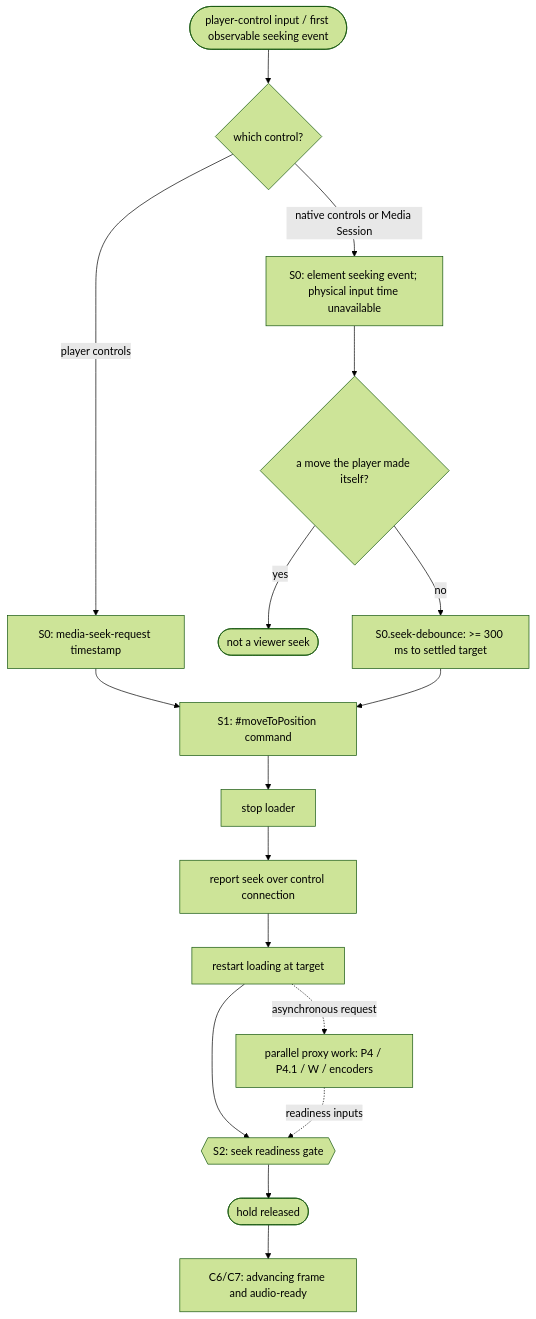
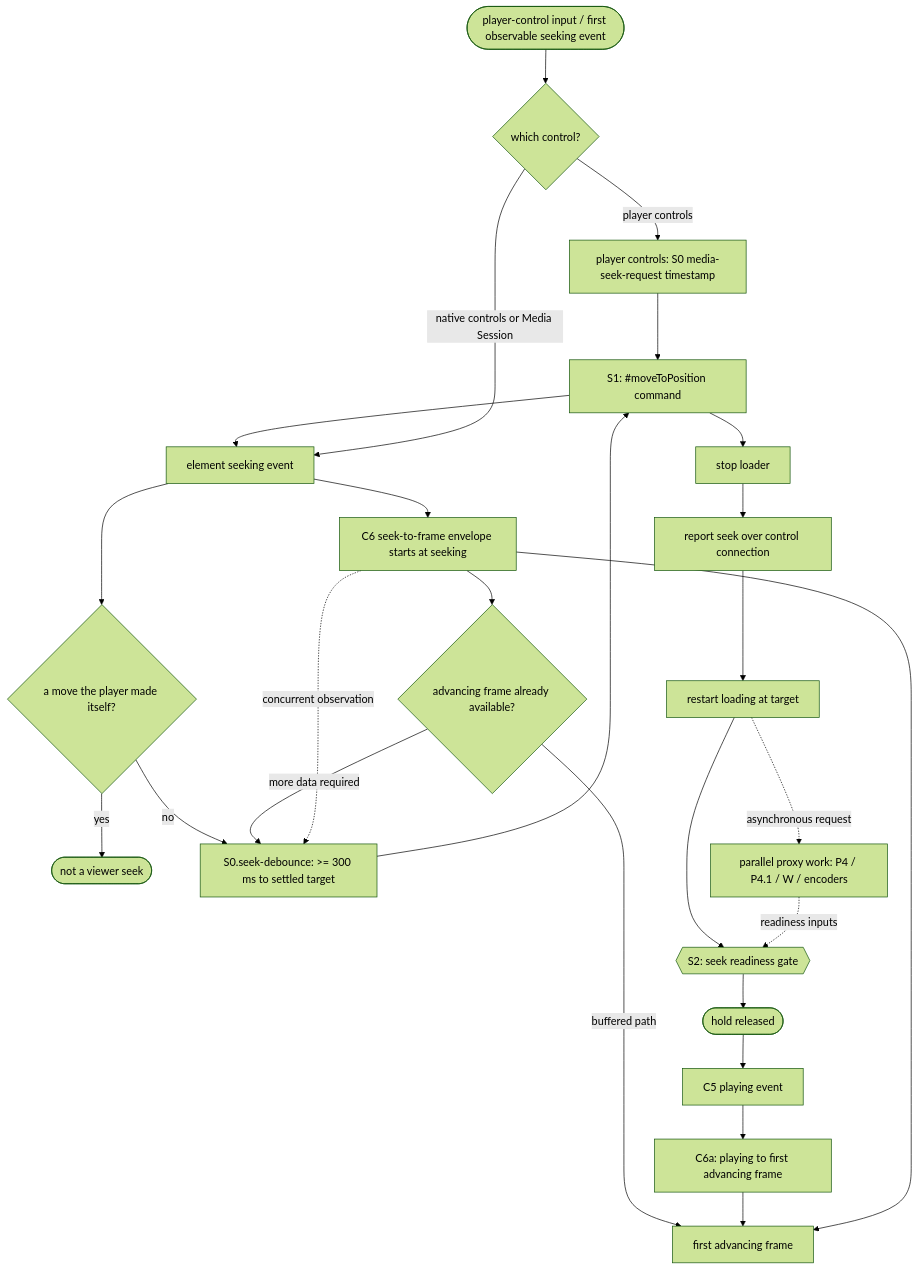
One commit to torrent-tv/proxy changed the fifth of 5 diagrams in docs/first-frame-wait-model.md. Above: the diagram before and after it, drawn with Mermaid (forest theme). The commit also changed other lines of this file, not shown here.

Commit message:
docs(model): map seek frame-presentation tail #ttv-185

````diff
--- a/docs/first-frame-wait-model.md
+++ b/docs/first-frame-wait-model.md
@@ -1219,26 +1223,38 @@
 ```mermaid
 flowchart TB
   IN(["player-control input / first observable seeking event"])
   QC{"which control?"}
-  MSR["S0: media-seek-request timestamp"]
-  SK["S0: element seeking event; physical input time unavailable"]
+  MSR["player controls: S0 media-seek-request timestamp"]
+  SEEK["element seeking event"]
   OWN{"a move the player made itself?"}
   IGN(["not a viewer seek"])
   DEB["S0.seek-debounce: >= 300 ms to settled target"]
   MOVE["S1: #moveToPosition command"]
   STOP["stop loader"]
   REP["report seek over control connection"]
   LOAD["restart loading at target"]
   GATE{{"S2: seek readiness gate"}}
   REL(["hold released"])
+  READY{"advancing frame already available?"}
+  C6["C6 seek-to-frame envelope starts at seeking"]
+  PLAY["C5 playing event"]
+  C6T["C6a: playing to first advancing frame"]
   PX["parallel proxy work: P4 / P4.1 / W / encoders"]
-  FRAME["C6/C7: advancing frame and audio-ready"]
+  FRAME["first advancing frame"]
   IN --> QC
-  QC -- player controls --> MSR --> MOVE
-  QC -- native controls or Media Session --> SK --> OWN
+  QC -- player controls --> MSR --> MOVE --> SEEK
+  QC -- native controls or Media Session --> SEEK
+  SEEK --> C6
+  SEEK --> OWN
   OWN -- yes --> IGN
-  OWN -- no --> DEB --> MOVE
-  MOVE --> STOP --> REP --> LOAD --> GATE --> REL --> FRAME
+  OWN -- no --> DEB
+  C6 --> READY
+  READY -- buffered path --> FRAME
+  READY -- more data required --> DEB
+  DEB --> MOVE
+  MOVE --> STOP --> REP --> LOAD --> GATE --> REL --> PLAY --> C6T --> FRAME
+  C6 --> FRAME
   LOAD -. asynchronous request .-> PX
   PX -. readiness inputs .-> GATE
+  C6 -. concurrent observation .-> DEB
 ```
````
